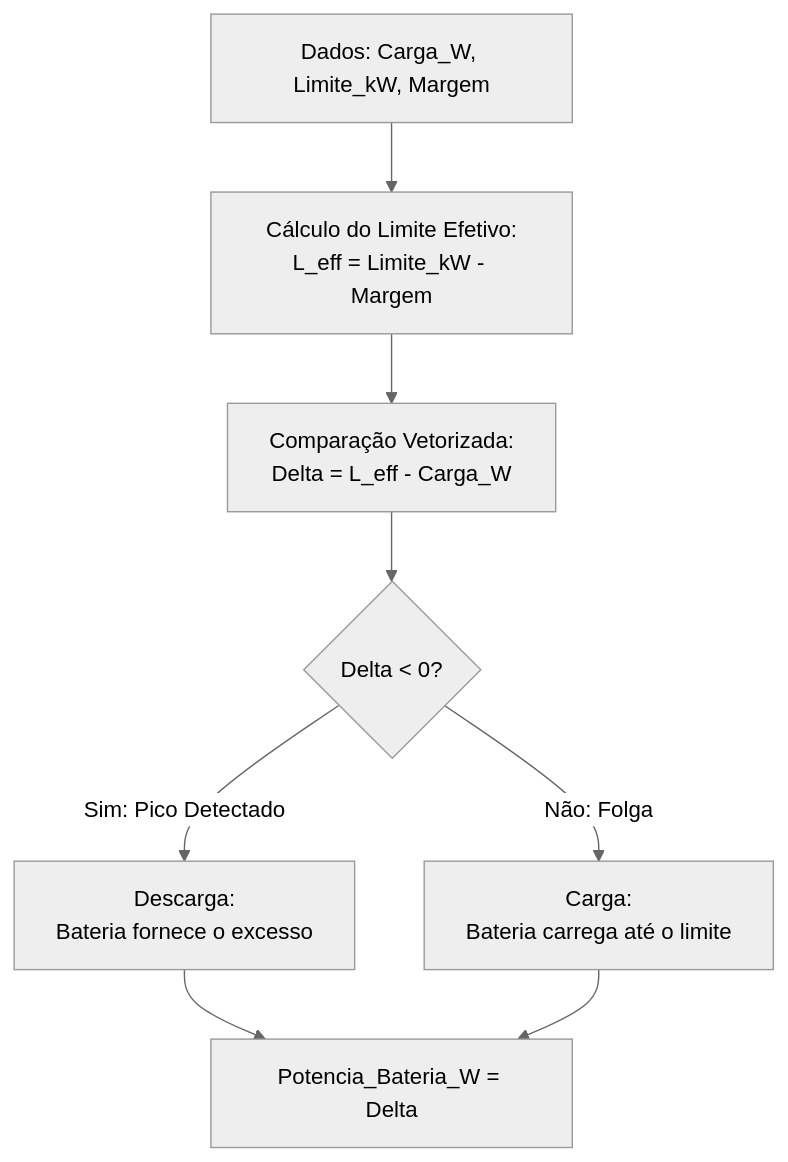
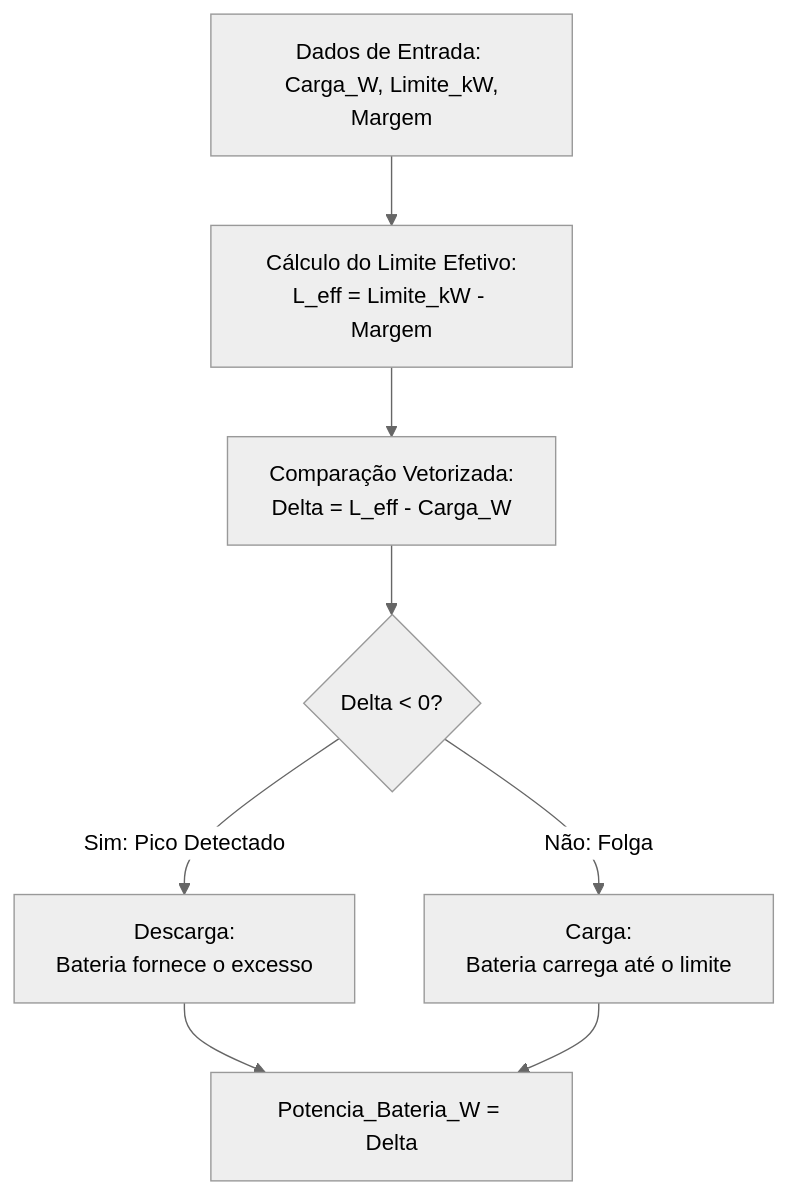
Before and after one commit to vitorsilva-eng/BESx: the diagram in .fluxo/peak_shaving.md, drawn with Mermaid (neutral theme). The commit also changed 10 other files, not shown here.

````diff
--- a/.fluxo/peak_shaving.md
+++ b/.fluxo/peak_shaving.md
@@ -5,12 +5,12 @@
 ```mermaid
 flowchart TD
-    PS_In[Dados: Carga_W, Limite_kW, Margem] --> PS_1[Cálculo do Limite Efetivo:<br/>L_eff = Limite_kW - Margem]
+    PS_In[Dados de Entrada: <br/> Carga_W, Limite_kW, Margem] --> PS_1[Cálculo do Limite Efetivo:<br/>L_eff = Limite_kW - Margem]
     PS_1 --> PS_2[Comparação Vetorizada:<br/>Delta = L_eff - Carga_W]
     
     PS_2 --> PS_Cond{Delta < 0?}
     PS_Cond -->|Sim: Pico Detectado| PS_Dis[Descarga:<br/>Bateria fornece o excesso]
     PS_Cond -->|Não: Folga| PS_Cha[Carga:<br/>Bateria carrega até o limite]
     
     PS_Dis --> PS_Out[Potencia_Bateria_W = Delta]
     PS_Cha --> PS_Out
 ```
````
